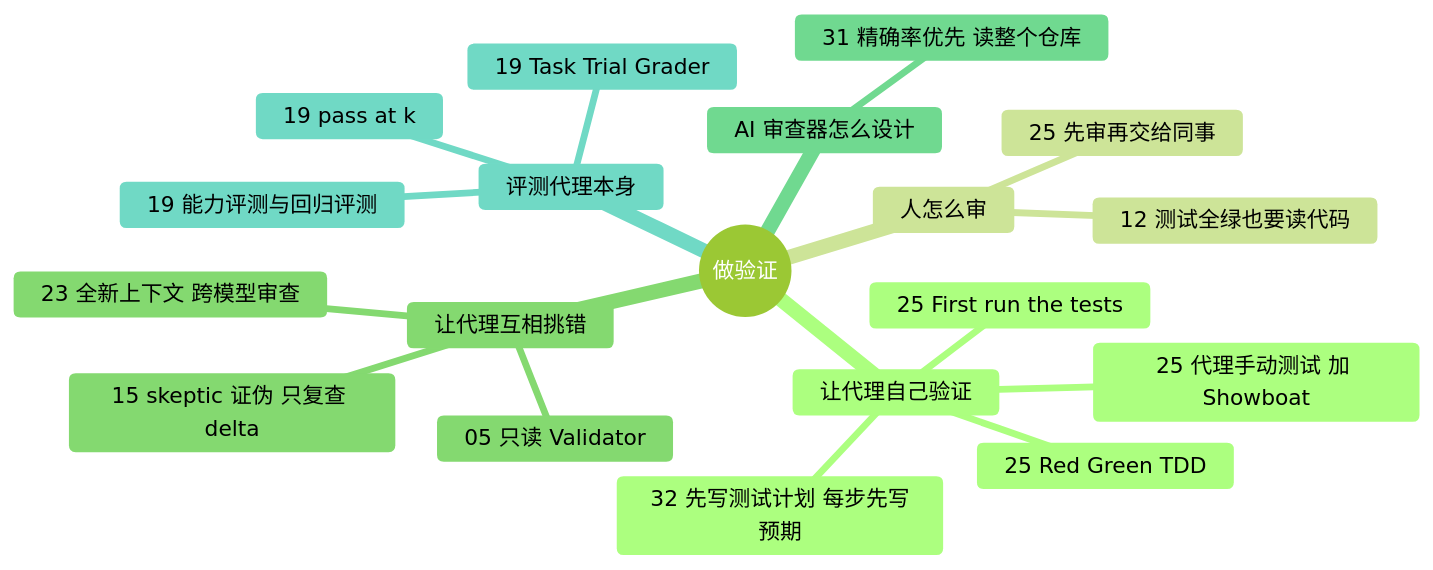
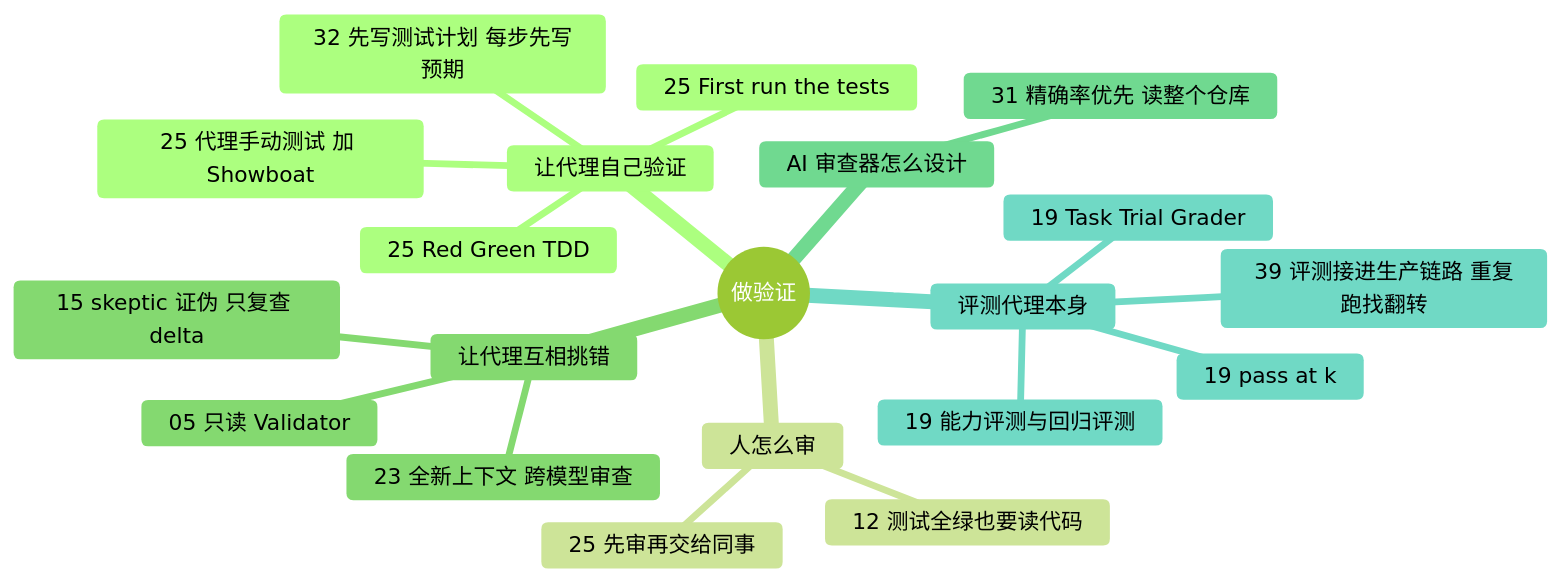
One commit to yzw7489757/ai-coding-videos changed the diagram in docs/guide/verification.md. Above: the diagram before and after it, drawn with Mermaid (forest theme). The commit also changed other lines of this file and 20 other files, not shown here.

````diff
--- a/docs/guide/verification.md
+++ b/docs/guide/verification.md
@@ -13,22 +13,23 @@
 ```mermaid
 mindmap
   root((做验证))
     让代理自己验证
       25 Red Green TDD
       25 First run the tests
       25 代理手动测试 加 Showboat
       32 先写测试计划 每步先写预期
     人怎么审
       12 测试全绿也要读代码
       25 先审再交给同事
     让代理互相挑错
       15 skeptic 证伪 只复查 delta
       05 只读 Validator
       23 全新上下文 跨模型审查
     AI 审查器怎么设计
       31 精确率优先 读整个仓库
     评测代理本身
       19 Task Trial Grader
       19 能力评测与回归评测
       19 pass at k
+      39 评测接进生产链路 重复跑找翻转
 ```
````
